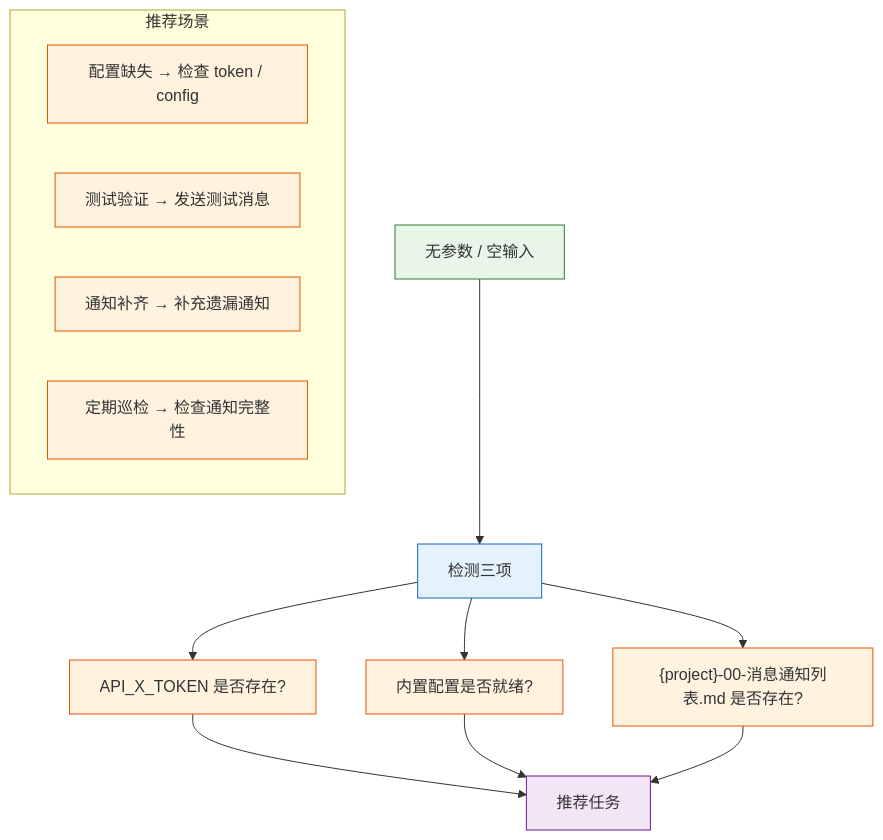
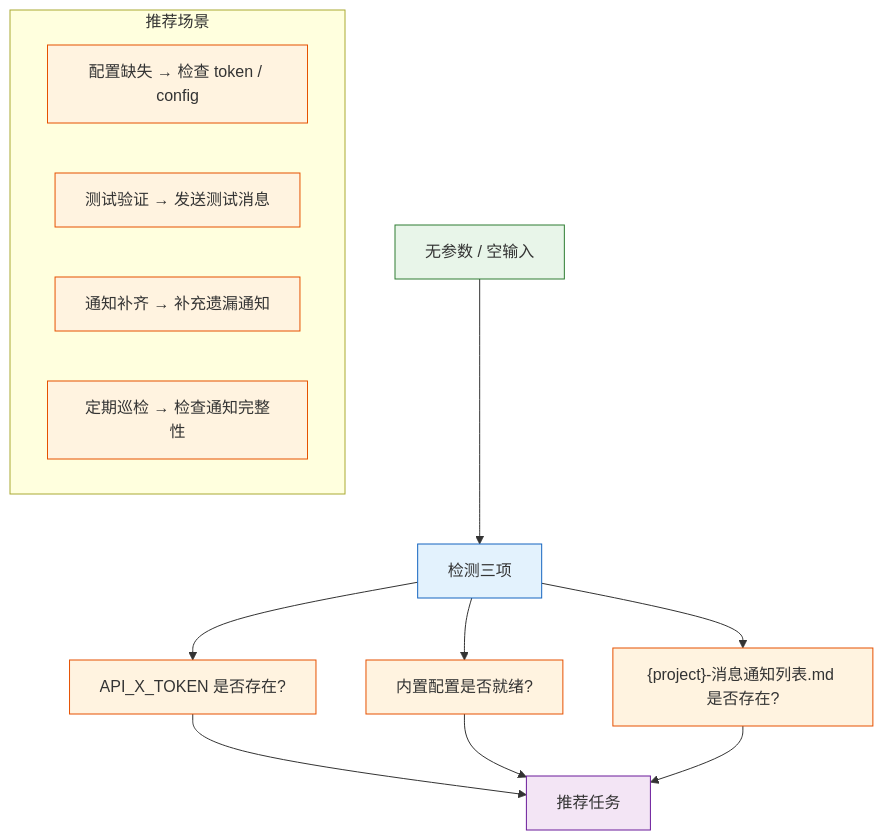
Before and after one commit to effiy/YrY: the tenth of 11 diagrams in skills/wework-bot/SKILL.md, drawn with Mermaid. The commit also changed other lines of this file and 90 other files, not shown here.

````diff
--- a/skills/wework-bot/SKILL.md
+++ b/skills/wework-bot/SKILL.md
@@ -346,22 +346,22 @@
 ```mermaid
 flowchart TD
     EMPTY["无参数 / 空输入"]:::src --> CHECK["检测三项"]:::op
     CHECK --> T1["API_X_TOKEN 是否存在?"]:::check
     CHECK --> T2["内置配置是否就绪?"]:::check
-    CHECK --> T3["{project}-00-消息通知列表.md 是否存在?"]:::check
+    CHECK --> T3["{project}-消息通知列表.md 是否存在?"]:::check
 
     T1 & T2 & T3 --> RECOMMEND["推荐任务"]:::out
 
     subgraph 推荐["推荐场景"]
         R1["配置缺失 → 检查 token / config"]:::rec
         R2["测试验证 → 发送测试消息"]:::rec
         R3["通知补齐 → 补充遗漏通知"]:::rec
         R4["定期巡检 → 检查通知完整性"]:::rec
     end
 
     classDef src fill:#e8f5e9,stroke:#2e7d32;
     classDef op fill:#e3f2fd,stroke:#1565c0;
     classDef check fill:#fff3e0,stroke:#e65100;
     classDef out fill:#f3e5f5,stroke:#6a1b9a;
     classDef rec fill:#fff3e0,stroke:#e65100;
 ```
````
